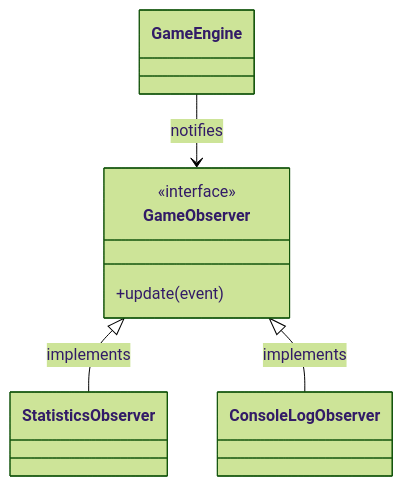
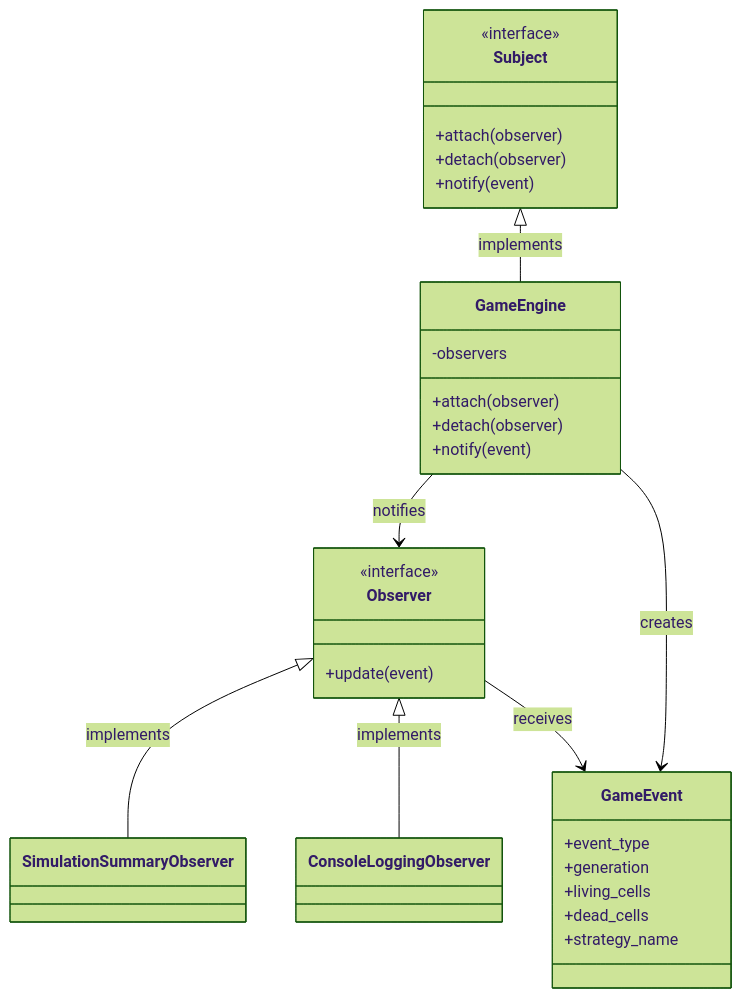
Before and after one commit to Stentzler/game-of-life-design-patterns: the diagram in docs/observer_diagram.md, drawn with Mermaid (forest theme). The commit also changed 9 other files, not shown here.

````diff
--- a/docs/observer_diagram.md
+++ b/docs/observer_diagram.md
@@ -1,20 +1,42 @@
 ```mermaid
 classDiagram
-    class GameEngine {
+    class Subject {
+        <<interface>>
+        +attach(observer)
+        +detach(observer)
+        +notify(event)
     }
 
-    class GameObserver {
+    class Observer {
         <<interface>>
         +update(event)
     }
 
-    class StatisticsObserver {
+    class GameEngine {
+        -observers
+        +attach(observer)
+        +detach(observer)
+        +notify(event)
     }
 
-    class ConsoleLogObserver {
+    class GameEvent {
+        +event_type
+        +generation
+        +living_cells
+        +dead_cells
+        +strategy_name
     }
 
-    GameEngine --> GameObserver : notifies
-    GameObserver <|-- StatisticsObserver : implements
-    GameObserver <|-- ConsoleLogObserver : implements
+    class SimulationSummaryObserver {
+    }
+
+    class ConsoleLoggingObserver {
+    }
+
+    Subject <|-- GameEngine : implements
+    Observer <|-- SimulationSummaryObserver : implements
+    Observer <|-- ConsoleLoggingObserver : implements
+    GameEngine --> Observer : notifies
+    GameEngine --> GameEvent : creates
+    Observer --> GameEvent : receives
 ```
````
